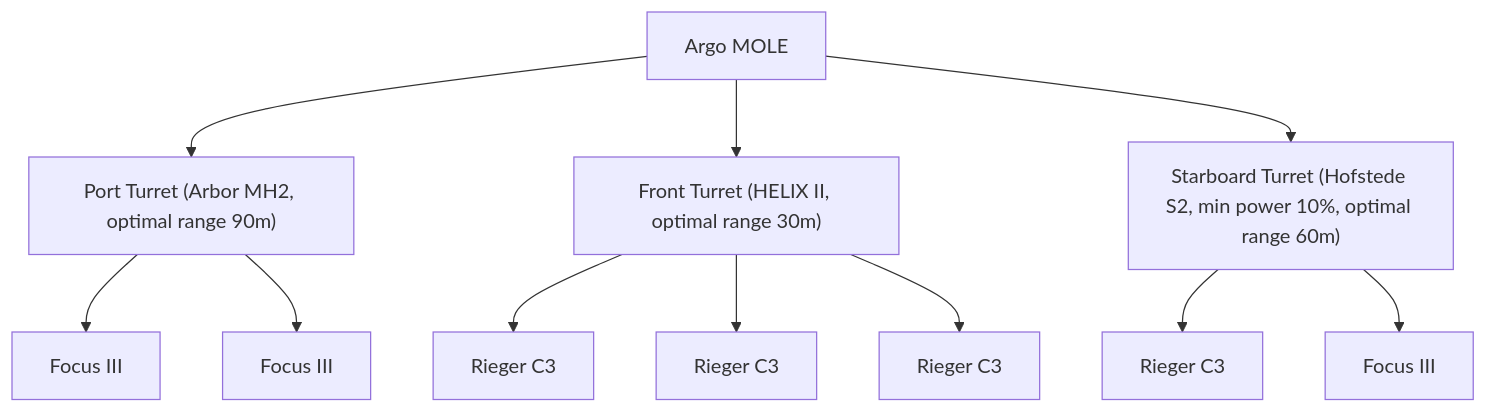
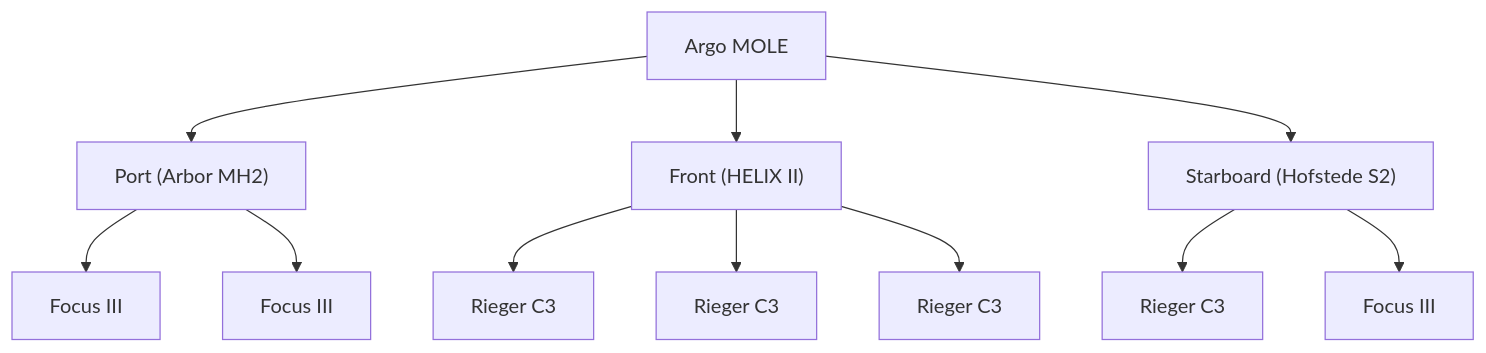
Before and after one commit to codepic/StarCitizen.Mining.Mole: the diagram in BaseSetup.md, drawn with Mermaid.

Commit message:
Simplify mermaid diagram

````diff
--- a/BaseSetup.md
+++ b/BaseSetup.md
@@ -14,14 +14,14 @@
 ```mermaid
 flowchart TD
     MOLE["Argo MOLE"]
-    MOLE --> PT["Port Turret (Arbor MH2, optimal range 90m)"]
+    MOLE --> PT["Port (Arbor MH2)"]
     PT --> P1["Focus III"]
     PT --> P2["Focus III"]
-    MOLE --> FT["Front Turret (HELIX II, optimal range 30m)"]
+    MOLE --> FT["Front (HELIX II)"]
     FT --> R1["Rieger C3"]
     FT --> R2["Rieger C3"]
     FT --> R3["Rieger C3"]
-    MOLE --> ST["Starboard Turret (Hofstede S2, min power 10%, optimal range 60m)"]
+    MOLE --> ST["Starboard (Hofstede S2)"]
     ST --> S1["Rieger C3"]
     ST --> S2["Focus III"]
 ```
````
